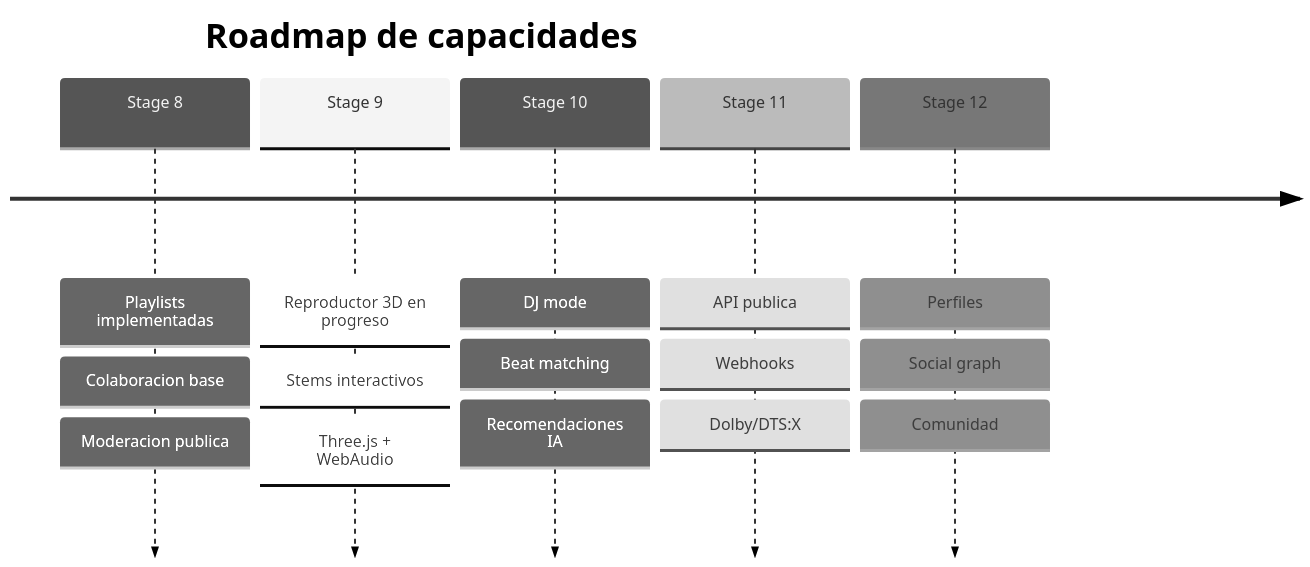
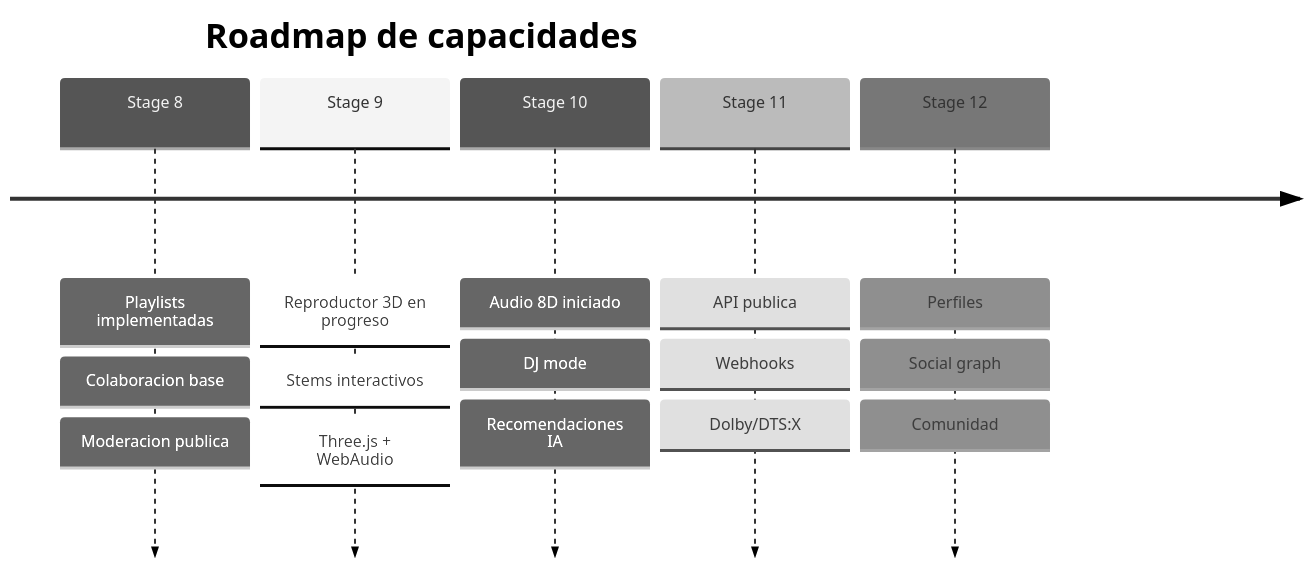
One commit to EmmiSiu/rommag_studio changed the first of 2 diagrams in docs/feature-roadmap.md. Above: the diagram before and after it, drawn with Mermaid (neutral theme). The commit also changed other lines of this file and 24 other files, not shown here.

````diff
--- a/docs/feature-roadmap.md
+++ b/docs/feature-roadmap.md
@@ -6,9 +6,9 @@
 ```mermaid
 timeline
     title Roadmap de capacidades
     Stage 8 : Playlists implementadas : Colaboracion base : Moderacion publica
     Stage 9 : Reproductor 3D en progreso : Stems interactivos : Three.js + WebAudio
-    Stage 10 : DJ mode : Beat matching : Recomendaciones IA
+    Stage 10 : Audio 8D iniciado : DJ mode : Recomendaciones IA
     Stage 11 : API publica : Webhooks : Dolby/DTS:X
     Stage 12 : Perfiles : Social graph : Comunidad
 ```
````
